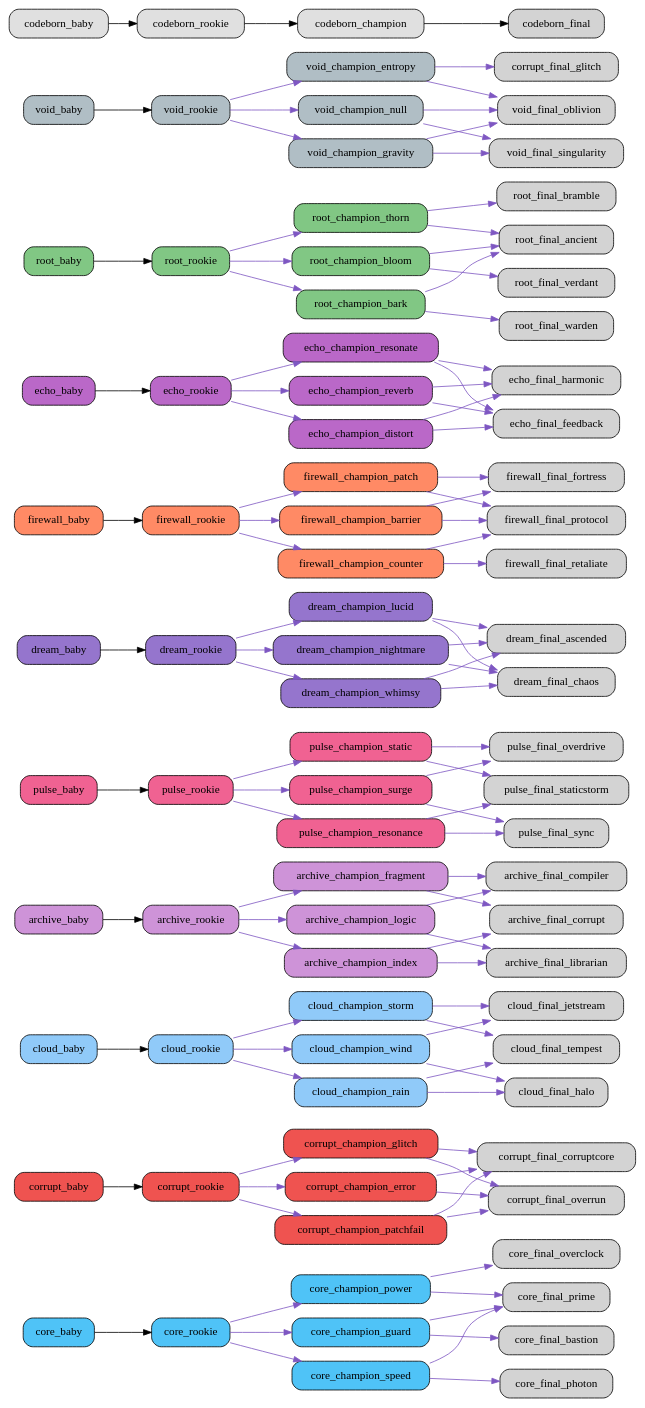
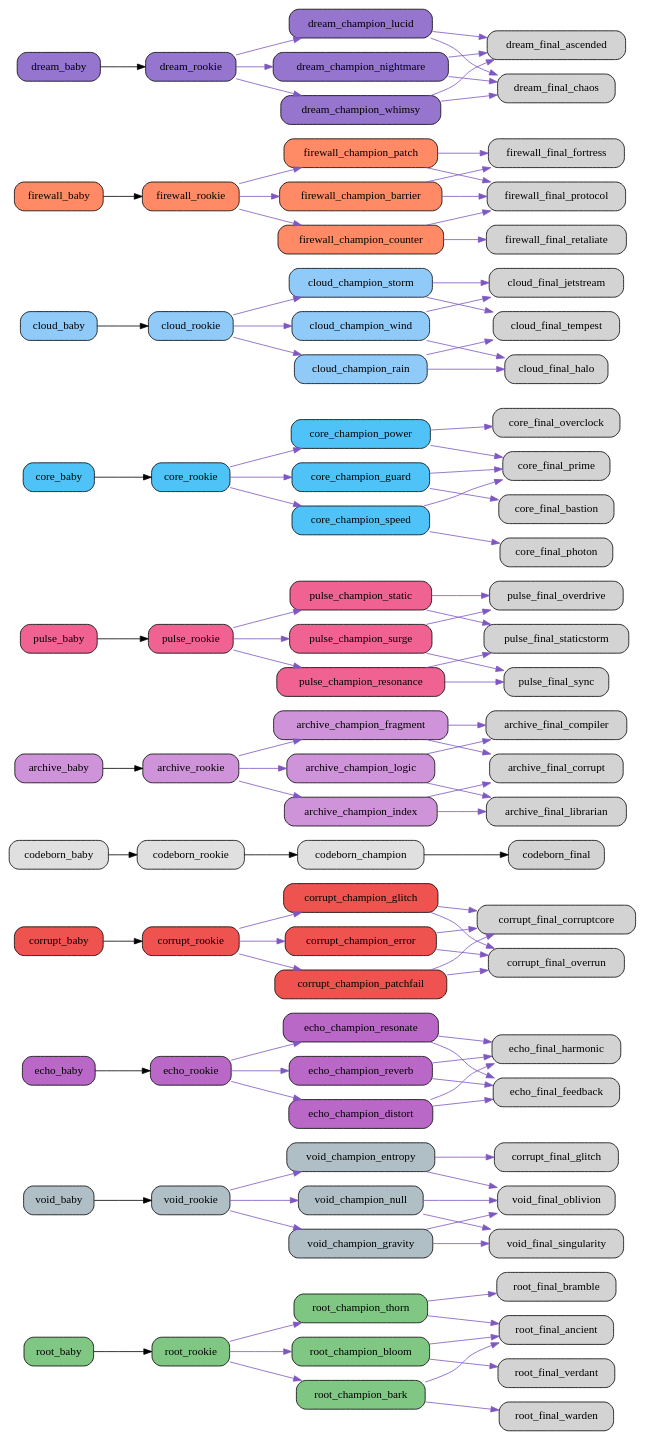
The diagram in src/netgrid/systems/evolution/graphs/full/evolution_graph.dot (bwlight/NetGrid), drawn with Graphviz before and after one commit. The commit also changed other lines of this file and 8 other files, not shown here.

Commit message:
Auto-update evolution graphs

```diff
--- a/src/netgrid/systems/evolution/graphs/full/evolution_graph.dot
+++ b/src/netgrid/systems/evolution/graphs/full/evolution_graph.dot
@@ -1,21 +1,51 @@
 digraph EvolutionTree {
   rankdir=LR;
   node [shape=box, style="rounded,filled"];
-  "core_baby" [fillcolor="#4fc3f7"];
-  "core_baby" -> "core_rookie";
-  "core_rookie" [fillcolor="#4fc3f7"];
-  "core_rookie" -> "core_champion_power" [color="#7e57c2"];
-  "core_rookie" -> "core_champion_guard" [color="#7e57c2"];
-  "core_rookie" -> "core_champion_speed" [color="#7e57c2"];
-  "core_champion_power" [fillcolor="#4fc3f7"];
-  "core_champion_power" -> "core_final_overclock" [color="#7e57c2"];
-  "core_champion_power" -> "core_final_prime" [color="#7e57c2"];
-  "core_champion_guard" [fillcolor="#4fc3f7"];
-  "core_champion_guard" -> "core_final_bastion" [color="#7e57c2"];
-  "core_champion_guard" -> "core_final_prime" [color="#7e57c2"];
-  "core_champion_speed" [fillcolor="#4fc3f7"];
-  "core_champion_speed" -> "core_final_photon" [color="#7e57c2"];
-  "core_champion_speed" -> "core_final_prime" [color="#7e57c2"];
+  "root_baby" [fillcolor="#81c784"];
+  "root_baby" -> "root_rookie";
+  "root_rookie" [fillcolor="#81c784"];
+  "root_rookie" -> "root_champion_thorn" [color="#7e57c2"];
+  "root_rookie" -> "root_champion_bloom" [color="#7e57c2"];
+  "root_rookie" -> "root_champion_bark" [color="#7e57c2"];
+  "root_champion_thorn" [fillcolor="#81c784"];
+  "root_champion_thorn" -> "root_final_bramble" [color="#7e57c2"];
+  "root_champion_thorn" -> "root_final_ancient" [color="#7e57c2"];
+  "root_champion_bloom" [fillcolor="#81c784"];
+  "root_champion_bloom" -> "root_final_ancient" [color="#7e57c2"];
+  "root_champion_bloom" -> "root_final_verdant" [color="#7e57c2"];
+  "root_champion_bark" [fillcolor="#81c784"];
+  "root_champion_bark" -> "root_final_warden" [color="#7e57c2"];
+  "root_champion_bark" -> "root_final_ancient" [color="#7e57c2"];
+  "void_baby" [fillcolor="#b0bec5"];
+  "void_baby" -> "void_rookie";
+  "void_rookie" [fillcolor="#b0bec5"];
+  "void_rookie" -> "void_champion_entropy" [color="#7e57c2"];
+  "void_rookie" -> "void_champion_gravity" [color="#7e57c2"];
+  "void_rookie" -> "void_champion_null" [color="#7e57c2"];
+  "void_champion_entropy" [fillcolor="#b0bec5"];
+  "void_champion_entropy" -> "corrupt_final_glitch" [color="#7e57c2"];
+  "void_champion_entropy" -> "void_final_oblivion" [color="#7e57c2"];
+  "void_champion_gravity" [fillcolor="#b0bec5"];
+  "void_champion_gravity" -> "void_final_singularity" [color="#7e57c2"];
+  "void_champion_gravity" -> "void_final_oblivion" [color="#7e57c2"];
+  "void_champion_null" [fillcolor="#b0bec5"];
+  "void_champion_null" -> "void_final_oblivion" [color="#7e57c2"];
+  "void_champion_null" -> "void_final_singularity" [color="#7e57c2"];
+  "echo_baby" [fillcolor="#ba68c8"];
+  "echo_baby" -> "echo_rookie";
+  "echo_rookie" [fillcolor="#ba68c8"];
+  "echo_rookie" -> "echo_champion_resonate" [color="#7e57c2"];
+  "echo_rookie" -> "echo_champion_reverb" [color="#7e57c2"];
+  "echo_rookie" -> "echo_champion_distort" [color="#7e57c2"];
+  "echo_champion_resonate" [fillcolor="#ba68c8"];
+  "echo_champion_resonate" -> "echo_final_harmonic" [color="#7e57c2"];
+  "echo_champion_resonate" -> "echo_final_feedback" [color="#7e57c2"];
+  "echo_champion_reverb" [fillcolor="#ba68c8"];
+  "echo_champion_reverb" -> "echo_final_feedback" [color="#7e57c2"];
+  "echo_champion_reverb" -> "echo_final_harmonic" [color="#7e57c2"];
+  "echo_champion_distort" [fillcolor="#ba68c8"];
+  "echo_champion_distort" -> "echo_final_feedback" [color="#7e57c2"];
+  "echo_champion_distort" -> "echo_final_harmonic" [color="#7e57c2"];
   "corrupt_baby" [fillcolor="#ef5350"];
   "corrupt_baby" -> "corrupt_rookie";
   "corrupt_rookie" [fillcolor="#ef5350"];
@@ -31,21 +61,12 @@
   "corrupt_champion_patchfail" [fillcolor="#ef5350"];
   "corrupt_champion_patchfail" -> "corrupt_final_corruptcore" [color="#7e57c2"];
   "corrupt_champion_patchfail" -> "corrupt_final_overrun" [color="#7e57c2"];
-  "cloud_baby" [fillcolor="#90caf9"];
-  "cloud_baby" -> "cloud_rookie";
-  "cloud_rookie" [fillcolor="#90caf9"];
-  "cloud_rookie" -> "cloud_champion_wind" [color="#7e57c2"];
-  "cloud_rookie" -> "cloud_champion_rain" [color="#7e57c2"];
-  "cloud_rookie" -> "cloud_champion_storm" [color="#7e57c2"];
-  "cloud_champion_wind" [fillcolor="#90caf9"];
-  "cloud_champion_wind" -> "cloud_final_jetstream" [color="#7e57c2"];
-  "cloud_champion_wind" -> "cloud_final_halo" [color="#7e57c2"];
-  "cloud_champion_rain" [fillcolor="#90caf9"];
-  "cloud_champion_rain" -> "cloud_final_halo" [color="#7e57c2"];
-  "cloud_champion_rain" -> "cloud_final_tempest" [color="#7e57c2"];
-  "cloud_champion_storm" [fillcolor="#90caf9"];
-  "cloud_champion_storm" -> "cloud_final_tempest" [color="#7e57c2"];
-  "cloud_champion_storm" -> "cloud_final_jetstream" [color="#7e57c2"];
+  "codeborn_baby" [fillcolor="#e0e0e0"];
+  "codeborn_baby" -> "codeborn_rookie";
+  "codeborn_rookie" [fillcolor="#e0e0e0"];
+  "codeborn_rookie" -> "codeborn_champion";
+  "codeborn_champion" [fillcolor="#e0e0e0"];
+  "codeborn_champion" -> "codeborn_final";
   "archive_baby" [fillcolor="#ce93d8"];
   "archive_baby" -> "archive_rookie";
   "archive_rookie" [fillcolor="#ce93d8"];
@@ -76,6 +97,51 @@
   "pulse_champion_static" [fillcolor="#f06292"];
   "pulse_champion_static" -> "pulse_final_staticstorm" [color="#7e57c2"];
   "pulse_champion_static" -> "pulse_final_overdrive" [color="#7e57c2"];
+  "core_baby" [fillcolor="#4fc3f7"];
+  "core_baby" -> "core_rookie";
+  "core_rookie" [fillcolor="#4fc3f7"];
+  "core_rookie" -> "core_champion_power" [color="#7e57c2"];
+  "core_rookie" -> "core_champion_guard" [color="#7e57c2"];
+  "core_rookie" -> "core_champion_speed" [color="#7e57c2"];
+  "core_champion_power" [fillcolor="#4fc3f7"];
+  "core_champion_power" -> "core_final_overclock" [color="#7e57c2"];
+  "core_champion_power" -> "core_final_prime" [color="#7e57c2"];
+  "core_champion_guard" [fillcolor="#4fc3f7"];
+  "core_champion_guard" -> "core_final_bastion" [color="#7e57c2"];
+  "core_champion_guard" -> "core_final_prime" [color="#7e57c2"];
+  "core_champion_speed" [fillcolor="#4fc3f7"];
+  "core_champion_speed" -> "core_final_photon" [color="#7e57c2"];
+  "core_champion_speed" -> "core_final_prime" [color="#7e57c2"];
+  "cloud_baby" [fillcolor="#90caf9"];
+  "cloud_baby" -> "cloud_rookie";
+  "cloud_rookie" [fillcolor="#90caf9"];
+  "cloud_rookie" -> "cloud_champion_wind" [color="#7e57c2"];
+  "cloud_rookie" -> "cloud_champion_rain" [color="#7e57c2"];
+  "cloud_rookie" -> "cloud_champion_storm" [color="#7e57c2"];
+  "cloud_champion_wind" [fillcolor="#90caf9"];
+  "cloud_champion_wind" -> "cloud_final_jetstream" [color="#7e57c2"];
+  "cloud_champion_wind" -> "cloud_final_halo" [color="#7e57c2"];
+  "cloud_champion_rain" [fillcolor="#90caf9"];
+  "cloud_champion_rain" -> "cloud_final_halo" [color="#7e57c2"];
+  "cloud_champion_rain" -> "cloud_final_tempest" [color="#7e57c2"];
+  "cloud_champion_storm" [fillcolor="#90caf9"];
+  "cloud_champion_storm" -> "cloud_final_tempest" [color="#7e57c2"];
+  "cloud_champion_storm" -> "cloud_final_jetstream" [color="#7e57c2"];
+  "firewall_baby" [fillcolor="#ff8a65"];
+  "firewall_baby" -> "firewall_rookie";
+  "firewall_rookie" [fillcolor="#ff8a65"];
+  "firewall_rookie" -> "firewall_champion_barrier" [color="#7e57c2"];
+  "firewall_rookie" -> "firewall_champion_counter" [color="#7e57c2"];
+  "firewall_rookie" -> "firewall_champion_patch" [color="#7e57c2"];
+  "firewall_champion_barrier" [fillcolor="#ff8a65"];
+  "firewall_champion_barrier" -> "firewall_final_fortress" [color="#7e57c2"];
+  "firewall_champion_barrier" -> "firewall_final_protocol" [color="#7e57c2"];
+  "firewall_champion_counter" [fillcolor="#ff8a65"];
+  "firewall_champion_counter" -> "firewall_final_retaliate" [color="#7e57c2"];
+  "firewall_champion_counter" -> "firewall_final_protocol" [color="#7e57c2"];
+  "firewall_champion_patch" [fillcolor="#ff8a65"];
+  "firewall_champion_patch" -> "firewall_final_protocol" [color="#7e57c2"];
+  "firewall_champion_patch" -> "firewall_final_fortress" [color="#7e57c2"];
   "dream_baby" [fillcolor="#9575cd"];
   "dream_baby" -> "dream_rookie";
   "dream_rookie" [fillcolor="#9575cd"];
@@ -91,70 +157,4 @@
   "dream_champion_whimsy" [fillcolor="#9575cd"];
   "dream_champion_whimsy" -> "dream_final_ascended" [color="#7e57c2"];
   "dream_champion_whimsy" -> "dream_final_chaos" [color="#7e57c2"];
-  "firewall_baby" [fillcolor="#ff8a65"];
-  "firewall_baby" -> "firewall_rookie";
-  "firewall_rookie" [fillcolor="#ff8a65"];
-  "firewall_rookie" -> "firewall_champion_barrier" [color="#7e57c2"];
-  "firewall_rookie" -> "firewall_champion_counter" [color="#7e57c2"];
-  "firewall_rookie" -> "firewall_champion_patch" [color="#7e57c2"];
-  "firewall_champion_barrier" [fillcolor="#ff8a65"];
-  "firewall_champion_barrier" -> "firewall_final_fortress" [color="#7e57c2"];
-  "firewall_champion_barrier" -> "firewall_final_protocol" [color="#7e57c2"];
-  "firewall_champion_counter" [fillcolor="#ff8a65"];
-  "firewall_champion_counter" -> "firewall_final_retaliate" [color="#7e57c2"];
-  "firewall_champion_counter" -> "firewall_final_protocol" [color="#7e57c2"];
-  "firewall_champion_patch" [fillcolor="#ff8a65"];
-  "firewall_champion_patch" -> "firewall_final_protocol" [color="#7e57c2"];
-  "firewall_champion_patch" -> "firewall_final_fortress" [color="#7e57c2"];
-  "echo_baby" [fillcolor="#ba68c8"];
-  "echo_baby" -> "echo_rookie";
-  "echo_rookie" [fillcolor="#ba68c8"];
-  "echo_rookie" -> "echo_champion_resonate" [color="#7e57c2"];
-  "echo_rookie" -> "echo_champion_reverb" [color="#7e57c2"];
-  "echo_rookie" -> "echo_champion_distort" [color="#7e57c2"];
-  "echo_champion_resonate" [fillcolor="#ba68c8"];
-  "echo_champion_resonate" -> "echo_final_harmonic" [color="#7e57c2"];
-  "echo_champion_resonate" -> "echo_final_feedback" [color="#7e57c2"];
-  "echo_champion_reverb" [fillcolor="#ba68c8"];
-  "echo_champion_reverb" -> "echo_final_feedback" [color="#7e57c2"];
-  "echo_champion_reverb" -> "echo_final_harmonic" [color="#7e57c2"];
-  "echo_champion_distort" [fillcolor="#ba68c8"];
-  "echo_champion_distort" -> "echo_final_feedback" [color="#7e57c2"];
-  "echo_champion_distort" -> "echo_final_harmonic" [color="#7e57c2"];
-  "root_baby" [fillcolor="#81c784"];
-  "root_baby" -> "root_rookie";
-  "root_rookie" [fillcolor="#81c784"];
-  "root_rookie" -> "root_champion_thorn" [color="#7e57c2"];
-  "root_rookie" -> "root_champion_bloom" [color="#7e57c2"];
-  "root_rookie" -> "root_champion_bark" [color="#7e57c2"];
-  "root_champion_thorn" [fillcolor="#81c784"];
-  "root_champion_thorn" -> "root_final_bramble" [color="#7e57c2"];
-  "root_champion_thorn" -> "root_final_ancient" [color="#7e57c2"];
-  "root_champion_bloom" [fillcolor="#81c784"];
-  "root_champion_bloom" -> "root_final_ancient" [color="#7e57c2"];
-  "root_champion_bloom" -> "root_final_verdant" [color="#7e57c2"];
-  "root_champion_bark" [fillcolor="#81c784"];
-  "root_champion_bark" -> "root_final_warden" [color="#7e57c2"];
-  "root_champion_bark" -> "root_final_ancient" [color="#7e57c2"];
-  "void_baby" [fillcolor="#b0bec5"];
-  "void_baby" -> "void_rookie";
-  "void_rookie" [fillcolor="#b0bec5"];
-  "void_rookie" -> "void_champion_entropy" [color="#7e57c2"];
-  "void_rookie" -> "void_champion_gravity" [color="#7e57c2"];
-  "void_rookie" -> "void_champion_null" [color="#7e57c2"];
-  "void_champion_entropy" [fillcolor="#b0bec5"];
-  "void_champion_entropy" -> "corrupt_final_glitch" [color="#7e57c2"];
-  "void_champion_entropy" -> "void_final_oblivion" [color="#7e57c2"];
-  "void_champion_gravity" [fillcolor="#b0bec5"];
-  "void_champion_gravity" -> "void_final_singularity" [color="#7e57c2"];
-  "void_champion_gravity" -> "void_final_oblivion" [color="#7e57c2"];
-  "void_champion_null" [fillcolor="#b0bec5"];
-  "void_champion_null" -> "void_final_oblivion" [color="#7e57c2"];
-  "void_champion_null" -> "void_final_singularity" [color="#7e57c2"];
-  "codeborn_baby" [fillcolor="#e0e0e0"];
-  "codeborn_baby" -> "codeborn_rookie";
-  "codeborn_rookie" [fillcolor="#e0e0e0"];
-  "codeborn_rookie" -> "codeborn_champion";
-  "codeborn_champion" [fillcolor="#e0e0e0"];
-  "codeborn_champion" -> "codeborn_final";
 }
```
